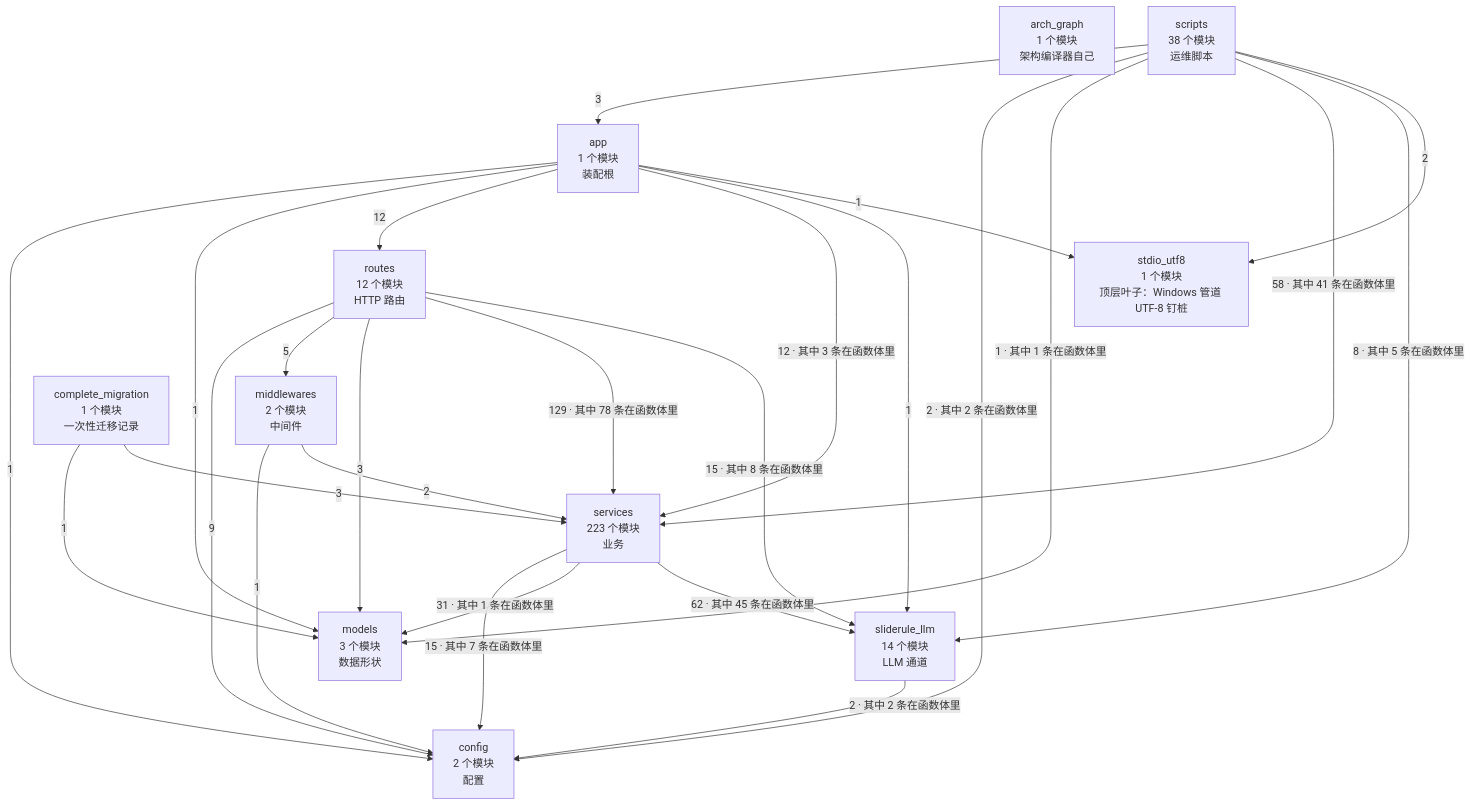
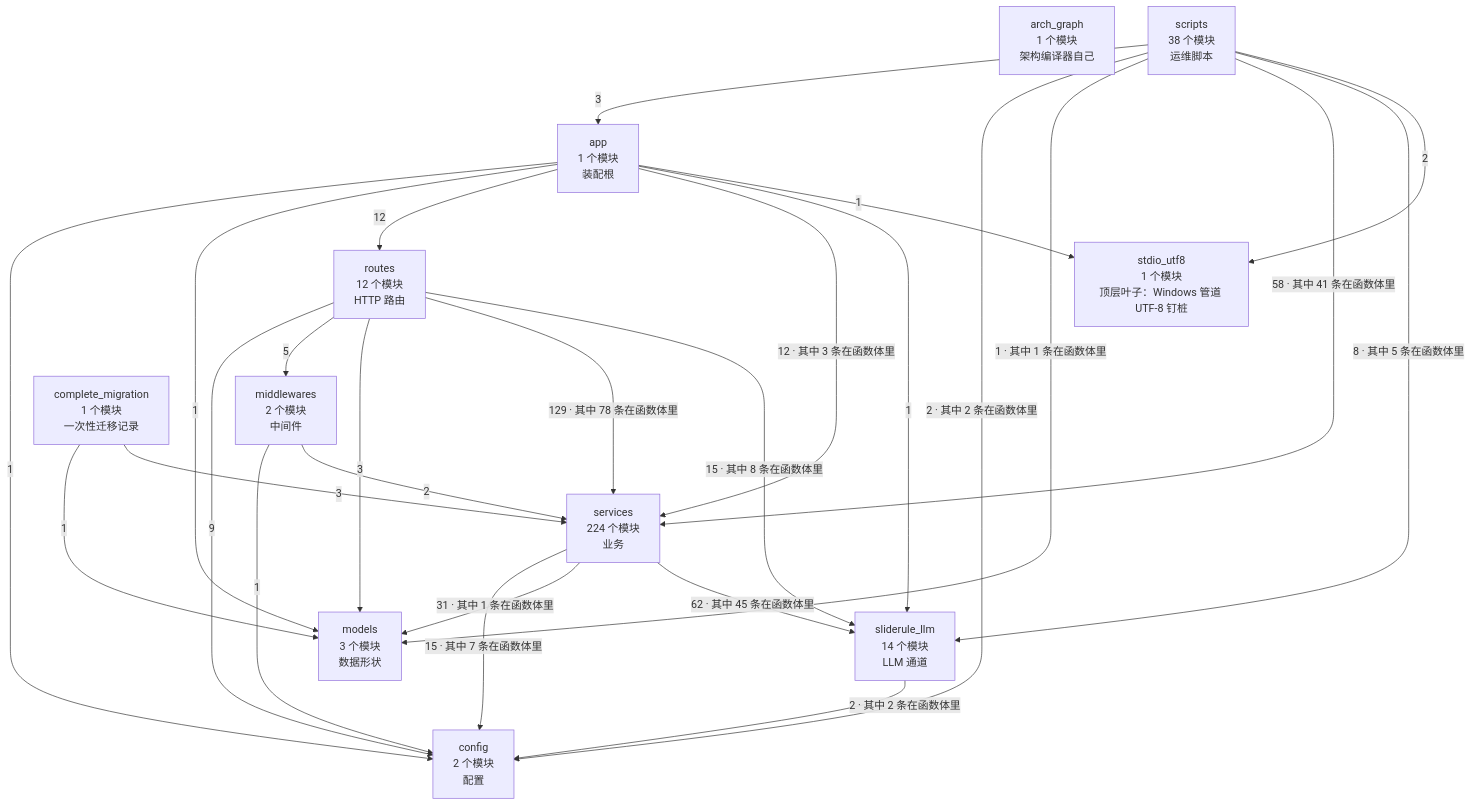
Before and after one commit to 2686521696/WhyBuddy: the second of 4 diagrams in docs/SlideRule V6.2 架构图（自动生成）.md, drawn with Mermaid. The commit also changed other lines of this file and 5 other files, not shown here.

````diff
--- a/docs/SlideRule V6.2 架构图（自动生成）.md
+++ b/docs/SlideRule V6.2 架构图（自动生成）.md
@@ -60,39 +60,39 @@
 ```mermaid
 flowchart TB
   arch_graph["arch_graph<br/>1 个模块<br/>架构编译器自己"]
   config["config<br/>2 个模块<br/>配置"]
   models["models<br/>3 个模块<br/>数据形状"]
   stdio_utf8["stdio_utf8<br/>1 个模块<br/>顶层叶子：Windows 管道 UTF-8 钉桩"]
   sliderule_llm["sliderule_llm<br/>14 个模块<br/>LLM 通道"]
   middlewares["middlewares<br/>2 个模块<br/>中间件"]
-  services["services<br/>223 个模块<br/>业务"]
+  services["services<br/>224 个模块<br/>业务"]
   routes["routes<br/>12 个模块<br/>HTTP 路由"]
   app["app<br/>1 个模块<br/>装配根"]
   complete_migration["complete_migration<br/>1 个模块<br/>一次性迁移记录"]
   scripts["scripts<br/>38 个模块<br/>运维脚本"]
   app -->|1| config
   app -->|1| models
   app -->|12| routes
   app -->|12 · 其中 3 条在函数体里| services
   app -->|1| sliderule_llm
   app -->|1| stdio_utf8
   complete_migration -->|1| models
   complete_migration -->|3| services
   middlewares -->|1| config
   middlewares -->|2| services
   routes -->|9| config
   routes -->|5| middlewares
   routes -->|3| models
   routes -->|129 · 其中 78 条在函数体里| services
   routes -->|15 · 其中 8 条在函数体里| sliderule_llm
   scripts -->|3| app
   scripts -->|2 · 其中 2 条在函数体里| config
   scripts -->|1 · 其中 1 条在函数体里| models
   scripts -->|58 · 其中 41 条在函数体里| services
   scripts -->|8 · 其中 5 条在函数体里| sliderule_llm
   scripts -->|2| stdio_utf8
   services -->|15 · 其中 7 条在函数体里| config
   services -->|31 · 其中 1 条在函数体里| models
   services -->|62 · 其中 45 条在函数体里| sliderule_llm
   sliderule_llm -->|2 · 其中 2 条在函数体里| config
 ```
````
